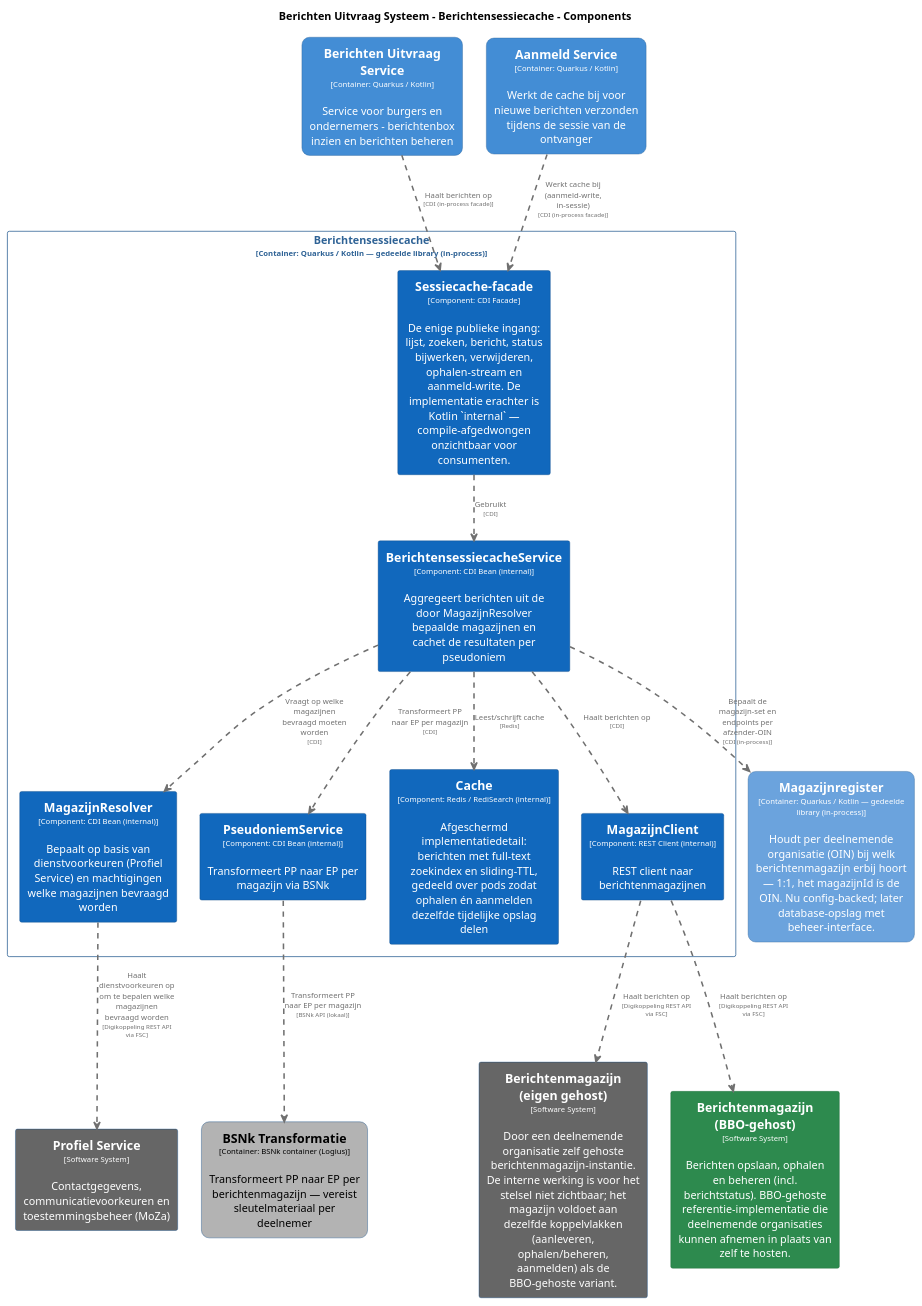
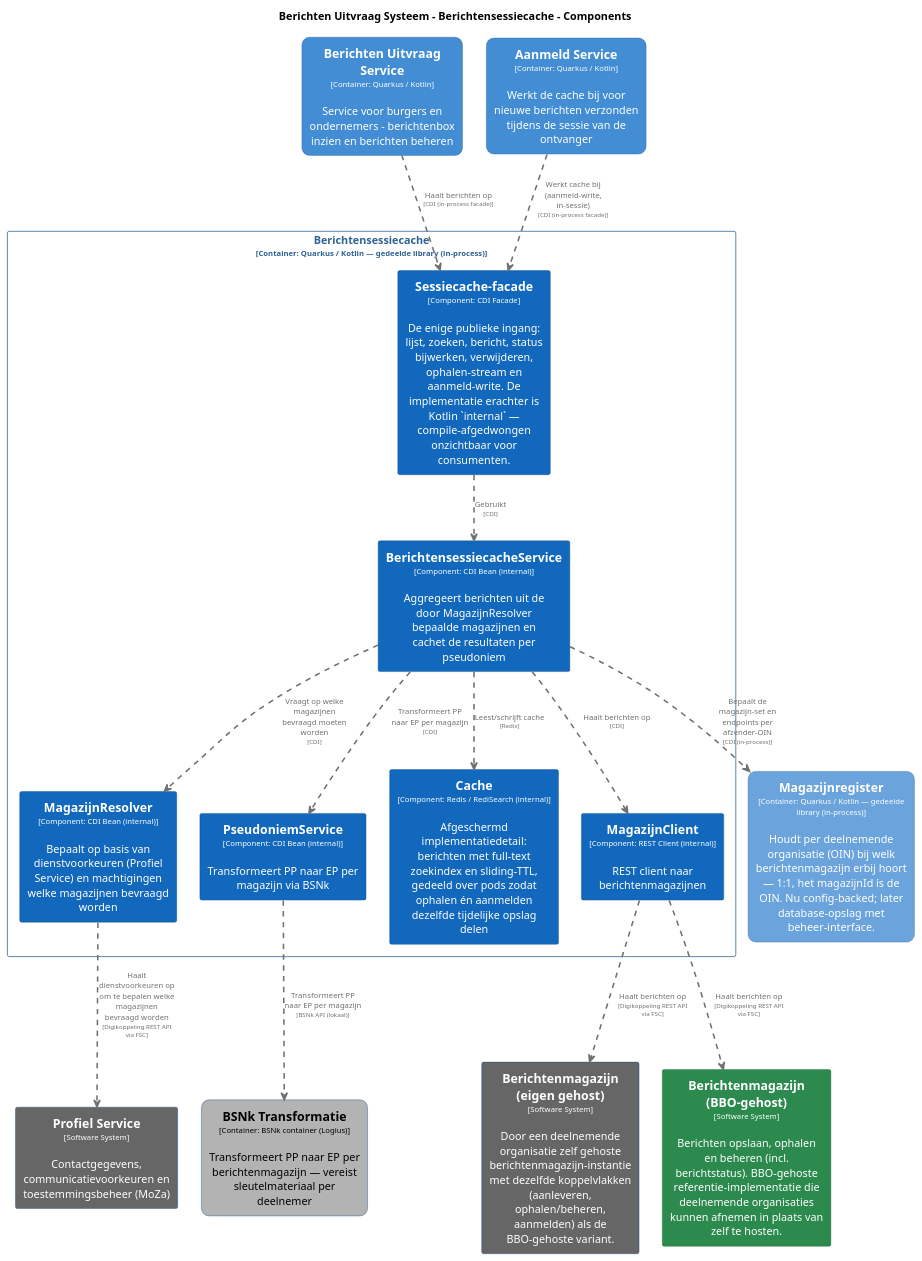
Before and after one commit to MinBZK/moza-poc-fbs-berichtenbox: the diagram in pr-preview/pr-95/master/puml/BerichtensessiecacheComponenten.puml, drawn with PlantUML. The commit also changed 31 other files, not shown here.

```diff
--- a/pr-preview/pr-95/master/puml/BerichtensessiecacheComponenten.puml
+++ b/pr-preview/pr-95/master/puml/BerichtensessiecacheComponenten.puml
@@ -1,135 +1,135 @@
 @startuml
 set separator none
 title Berichten Uitvraag Systeem - Berichtensessiecache - Components
 
 top to bottom direction
 skinparam ranksep 60
 skinparam nodesep 30
 
 skinparam {
   arrowFontSize 10
   defaultTextAlignment center
   wrapWidth 200
   maxMessageSize 100
 }
 
 hide stereotype
 
 skinparam rectangle<<BerichtenUitvraagSysteem.AanmeldService>> {
   BackgroundColor #438dd5
   FontColor #ffffff
   BorderColor #2e6295
   roundCorner 20
   shadowing false
 }
 skinparam rectangle<<BerichtenUitvraagSysteem.BSNkTransformatie>> {
   BackgroundColor #b3b3b3
   FontColor #000000
   BorderColor #0b4884
   roundCorner 20
   shadowing false
 }
 skinparam rectangle<<BerichtenUitvraagSysteem.BerichtenUitvraagService>> {
   BackgroundColor #438dd5
   FontColor #ffffff
   BorderColor #2e6295
   roundCorner 20
   shadowing false
 }
 skinparam rectangle<<BerichtenmagazijnBBOgehost>> {
   BackgroundColor #2d8a4e
   FontColor #ffffff
   BorderColor #1e6b38
   shadowing false
 }
 skinparam rectangle<<Berichtenmagazijneigengehost>> {
   BackgroundColor #666666
   FontColor #ffffff
   BorderColor #0b4884
   shadowing false
 }
 skinparam rectangle<<BerichtenUitvraagSysteem.Berichtensessiecache.BerichtensessiecacheService>> {
   BackgroundColor #1168bd
   FontColor #ffffff
   BorderColor #0b4884
   shadowing false
 }
 skinparam rectangle<<BerichtenUitvraagSysteem.Berichtensessiecache.Cache>> {
   BackgroundColor #1168bd
   FontColor #ffffff
   BorderColor #0b4884
   shadowing false
 }
 skinparam rectangle<<BerichtenUitvraagSysteem.Berichtensessiecache.MagazijnClient>> {
   BackgroundColor #1168bd
   FontColor #ffffff
   BorderColor #0b4884
   shadowing false
 }
 skinparam rectangle<<BerichtenUitvraagSysteem.Berichtensessiecache.MagazijnResolver>> {
   BackgroundColor #1168bd
   FontColor #ffffff
   BorderColor #0b4884
   shadowing false
 }
 skinparam rectangle<<BerichtenUitvraagSysteem.Magazijnregister>> {
   BackgroundColor #6ba3dd
   FontColor #ffffff
   BorderColor #2e6295
   roundCorner 20
   shadowing false
 }
 skinparam rectangle<<ProfielService>> {
   BackgroundColor #666666
   FontColor #ffffff
   BorderColor #0b4884
   shadowing false
 }
 skinparam rectangle<<BerichtenUitvraagSysteem.Berichtensessiecache.PseudoniemService>> {
   BackgroundColor #1168bd
   FontColor #ffffff
   BorderColor #0b4884
   shadowing false
 }
 skinparam rectangle<<BerichtenUitvraagSysteem.Berichtensessiecache.Sessiecachefacade>> {
   BackgroundColor #1168bd
   FontColor #ffffff
   BorderColor #0b4884
   shadowing false
 }
 skinparam rectangle<<BerichtenUitvraagSysteem.Berichtensessiecache>> {
   BorderColor #2e6295
   FontColor #2e6295
   shadowing false
 }
 
 rectangle "==Profiel Service\n<size:10>[Software System]</size>\n\nContactgegevens, communicatievoorkeuren en toestemmingsbeheer (MoZa)" <<ProfielService>> as ProfielService
-rectangle "==Berichtenmagazijn (eigen gehost)\n<size:10>[Software System]</size>\n\nDoor een deelnemende organisatie zelf gehoste berichtenmagazijn-instantie. De interne werking is voor het stelsel niet zichtbaar; het magazijn voldoet aan dezelfde koppelvlakken (aanleveren, ophalen/beheren, aanmelden) als de BBO-gehoste variant." <<Berichtenmagazijneigengehost>> as Berichtenmagazijneigengehost
+rectangle "==Berichtenmagazijn (eigen gehost)\n<size:10>[Software System]</size>\n\nDoor een deelnemende organisatie zelf gehoste berichtenmagazijn-instantie met dezelfde koppelvlakken (aanleveren, ophalen/beheren, aanmelden) als de BBO-gehoste variant." <<Berichtenmagazijneigengehost>> as Berichtenmagazijneigengehost
 rectangle "==Berichtenmagazijn (BBO-gehost)\n<size:10>[Software System]</size>\n\nBerichten opslaan, ophalen en beheren (incl. berichtstatus). BBO-gehoste referentie-implementatie die deelnemende organisaties kunnen afnemen in plaats van zelf te hosten." <<BerichtenmagazijnBBOgehost>> as BerichtenmagazijnBBOgehost
 rectangle "==Berichten Uitvraag Service\n<size:10>[Container: Quarkus / Kotlin]</size>\n\nService voor burgers en ondernemers - berichtenbox inzien en berichten beheren" <<BerichtenUitvraagSysteem.BerichtenUitvraagService>> as BerichtenUitvraagSysteem.BerichtenUitvraagService
 rectangle "==BSNk Transformatie\n<size:10>[Container: BSNk container (Logius)]</size>\n\nTransformeert PP naar EP per berichtenmagazijn — vereist sleutelmateriaal per deelnemer" <<BerichtenUitvraagSysteem.BSNkTransformatie>> as BerichtenUitvraagSysteem.BSNkTransformatie
 rectangle "==Aanmeld Service\n<size:10>[Container: Quarkus / Kotlin]</size>\n\nWerkt de cache bij voor nieuwe berichten verzonden tijdens de sessie van de ontvanger" <<BerichtenUitvraagSysteem.AanmeldService>> as BerichtenUitvraagSysteem.AanmeldService
 rectangle "==Magazijnregister\n<size:10>[Container: Quarkus / Kotlin — gedeelde library (in-process)]</size>\n\nHoudt per deelnemende organisatie (OIN) bij welk berichtenmagazijn erbij hoort — 1:1, het magazijnId ís de OIN. Nu config-backed; later database-opslag met beheer-interface." <<BerichtenUitvraagSysteem.Magazijnregister>> as BerichtenUitvraagSysteem.Magazijnregister
 
 rectangle "Berichtensessiecache\n<size:10>[Container: Quarkus / Kotlin — gedeelde library (in-process)]</size>" <<BerichtenUitvraagSysteem.Berichtensessiecache>> {
   rectangle "==Sessiecache-facade\n<size:10>[Component: CDI Facade]</size>\n\nDe enige publieke ingang: lijst, zoeken, bericht, status bijwerken, verwijderen, ophalen-stream en aanmeld-write. De implementatie erachter is Kotlin `internal` — compile-afgedwongen onzichtbaar voor consumenten." <<BerichtenUitvraagSysteem.Berichtensessiecache.Sessiecachefacade>> as BerichtenUitvraagSysteem.Berichtensessiecache.Sessiecachefacade
   rectangle "==MagazijnResolver\n<size:10>[Component: CDI Bean (internal)]</size>\n\nBepaalt op basis van dienstvoorkeuren (Profiel Service) en machtigingen welke magazijnen bevraagd worden" <<BerichtenUitvraagSysteem.Berichtensessiecache.MagazijnResolver>> as BerichtenUitvraagSysteem.Berichtensessiecache.MagazijnResolver
   rectangle "==PseudoniemService\n<size:10>[Component: CDI Bean (internal)]</size>\n\nTransformeert PP naar EP per magazijn via BSNk" <<BerichtenUitvraagSysteem.Berichtensessiecache.PseudoniemService>> as BerichtenUitvraagSysteem.Berichtensessiecache.PseudoniemService
   rectangle "==BerichtensessiecacheService\n<size:10>[Component: CDI Bean (internal)]</size>\n\nAggregeert berichten uit de door MagazijnResolver bepaalde magazijnen en cachet de resultaten per pseudoniem" <<BerichtenUitvraagSysteem.Berichtensessiecache.BerichtensessiecacheService>> as BerichtenUitvraagSysteem.Berichtensessiecache.BerichtensessiecacheService
   rectangle "==Cache\n<size:10>[Component: Redis / RediSearch (internal)]</size>\n\nAfgeschermd implementatiedetail: berichten met full-text zoekindex en sliding-TTL, gedeeld over pods zodat ophalen én aanmelden dezelfde tijdelijke opslag delen" <<BerichtenUitvraagSysteem.Berichtensessiecache.Cache>> as BerichtenUitvraagSysteem.Berichtensessiecache.Cache
   rectangle "==MagazijnClient\n<size:10>[Component: REST Client (internal)]</size>\n\nREST client naar berichtenmagazijnen" <<BerichtenUitvraagSysteem.Berichtensessiecache.MagazijnClient>> as BerichtenUitvraagSysteem.Berichtensessiecache.MagazijnClient
 }
 
 BerichtenUitvraagSysteem.Berichtensessiecache.MagazijnClient .[#707070,thickness=2].> Berichtenmagazijneigengehost : "<color:#707070>Haalt berichten op\n<color:#707070><size:8>[Digikoppeling REST API via FSC]</size>"
 BerichtenUitvraagSysteem.Berichtensessiecache.MagazijnResolver .[#707070,thickness=2].> ProfielService : "<color:#707070>Haalt dienstvoorkeuren op om te bepalen welke magazijnen bevraagd worden\n<color:#707070><size:8>[Digikoppeling REST API via FSC]</size>"
 BerichtenUitvraagSysteem.Berichtensessiecache.MagazijnClient .[#707070,thickness=2].> BerichtenmagazijnBBOgehost : "<color:#707070>Haalt berichten op\n<color:#707070><size:8>[Digikoppeling REST API via FSC]</size>"
 BerichtenUitvraagSysteem.Berichtensessiecache.Sessiecachefacade .[#707070,thickness=2].> BerichtenUitvraagSysteem.Berichtensessiecache.BerichtensessiecacheService : "<color:#707070>Gebruikt\n<color:#707070><size:8>[CDI]</size>"
 BerichtenUitvraagSysteem.Berichtensessiecache.BerichtensessiecacheService .[#707070,thickness=2].> BerichtenUitvraagSysteem.Berichtensessiecache.MagazijnResolver : "<color:#707070>Vraagt op welke magazijnen bevraagd moeten worden\n<color:#707070><size:8>[CDI]</size>"
 BerichtenUitvraagSysteem.Berichtensessiecache.BerichtensessiecacheService .[#707070,thickness=2].> BerichtenUitvraagSysteem.Berichtensessiecache.PseudoniemService : "<color:#707070>Transformeert PP naar EP per magazijn\n<color:#707070><size:8>[CDI]</size>"
 BerichtenUitvraagSysteem.Berichtensessiecache.BerichtensessiecacheService .[#707070,thickness=2].> BerichtenUitvraagSysteem.Berichtensessiecache.Cache : "<color:#707070>Leest/schrijft cache\n<color:#707070><size:8>[Redis]</size>"
 BerichtenUitvraagSysteem.Berichtensessiecache.BerichtensessiecacheService .[#707070,thickness=2].> BerichtenUitvraagSysteem.Berichtensessiecache.MagazijnClient : "<color:#707070>Haalt berichten op\n<color:#707070><size:8>[CDI]</size>"
 BerichtenUitvraagSysteem.Berichtensessiecache.PseudoniemService .[#707070,thickness=2].> BerichtenUitvraagSysteem.BSNkTransformatie : "<color:#707070>Transformeert PP naar EP per magazijn\n<color:#707070><size:8>[BSNk API (lokaal)]</size>"
 BerichtenUitvraagSysteem.AanmeldService .[#707070,thickness=2].> BerichtenUitvraagSysteem.Berichtensessiecache.Sessiecachefacade : "<color:#707070>Werkt cache bij (aanmeld-write, in-sessie)\n<color:#707070><size:8>[CDI (in-process facade)]</size>"
 BerichtenUitvraagSysteem.BerichtenUitvraagService .[#707070,thickness=2].> BerichtenUitvraagSysteem.Berichtensessiecache.Sessiecachefacade : "<color:#707070>Haalt berichten op\n<color:#707070><size:8>[CDI (in-process facade)]</size>"
 BerichtenUitvraagSysteem.Berichtensessiecache.BerichtensessiecacheService .[#707070,thickness=2].> BerichtenUitvraagSysteem.Magazijnregister : "<color:#707070>Bepaalt de magazijn-set en endpoints per afzender-OIN\n<color:#707070><size:8>[CDI (in-process)]</size>"
 @enduml
```
